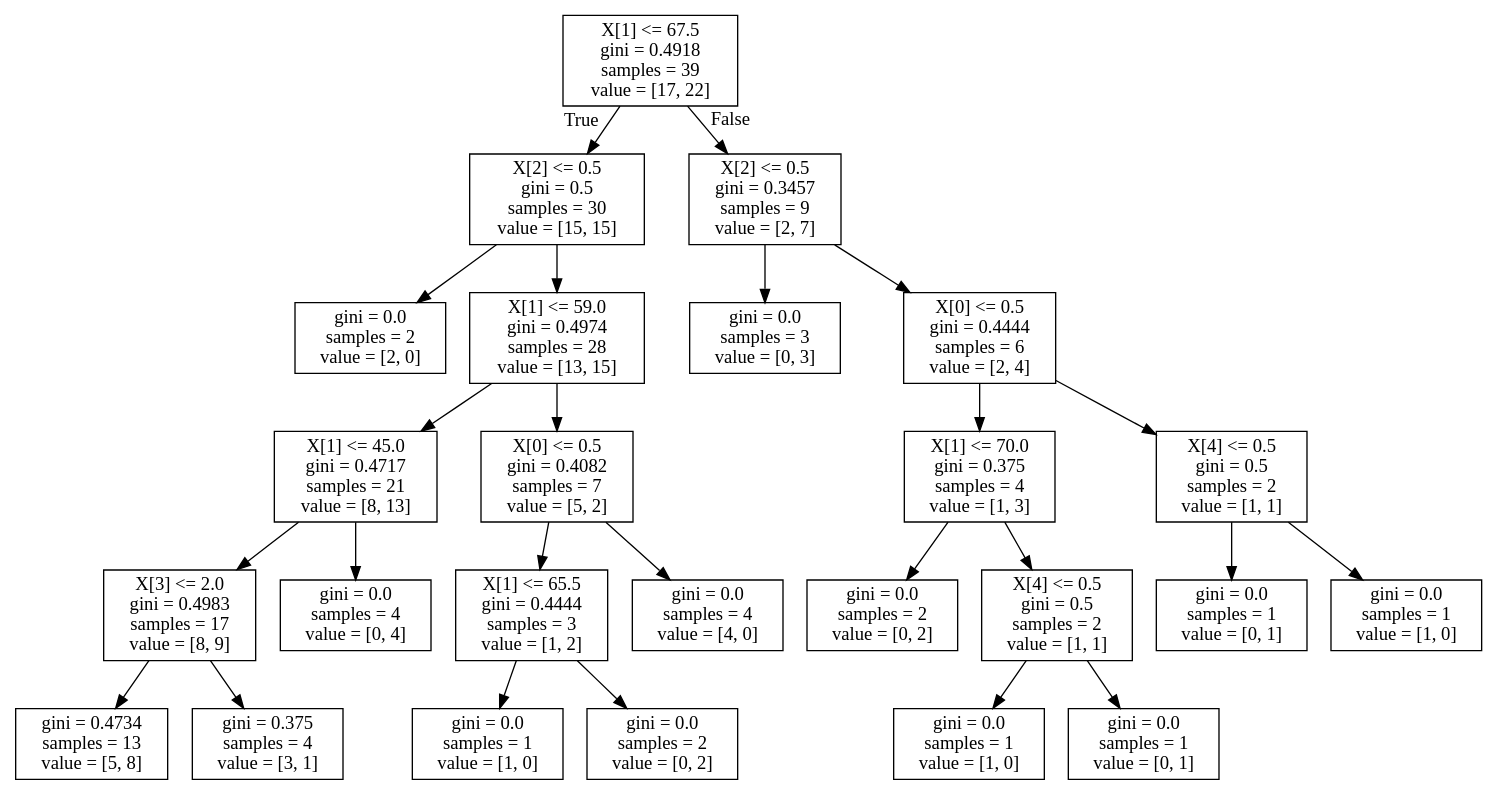
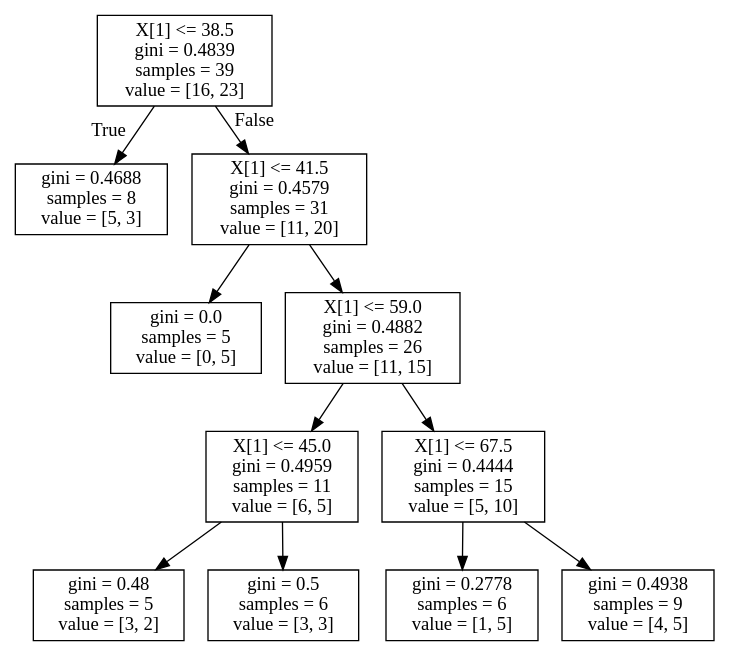
The diagram in iris.dot (DeepinSC/Machine_learning-Countryside), drawn with Graphviz before and after one commit. The commit also changed 7 other files, not shown here.

```diff
--- a/iris.dot
+++ b/iris.dot
@@ -1,52 +1,24 @@
 digraph Tree {
 node [shape=box] ;
-0 [label="X[1] <= 67.5\ngini = 0.4918\nsamples = 39\nvalue = [17, 22]"] ;
-1 [label="X[2] <= 0.5\ngini = 0.5\nsamples = 30\nvalue = [15, 15]"] ;
+0 [label="X[1] <= 38.5\ngini = 0.4839\nsamples = 39\nvalue = [16, 23]"] ;
+1 [label="gini = 0.4688\nsamples = 8\nvalue = [5, 3]"] ;
 0 -> 1 [labeldistance=2.5, labelangle=45, headlabel="True"] ;
-2 [label="gini = 0.0\nsamples = 2\nvalue = [2, 0]"] ;
-1 -> 2 ;
-3 [label="X[1] <= 59.0\ngini = 0.4974\nsamples = 28\nvalue = [13, 15]"] ;
-1 -> 3 ;
-4 [label="X[1] <= 45.0\ngini = 0.4717\nsamples = 21\nvalue = [8, 13]"] ;
-3 -> 4 ;
-5 [label="X[3] <= 2.0\ngini = 0.4983\nsamples = 17\nvalue = [8, 9]"] ;
+2 [label="X[1] <= 41.5\ngini = 0.4579\nsamples = 31\nvalue = [11, 20]"] ;
+0 -> 2 [labeldistance=2.5, labelangle=-45, headlabel="False"] ;
+3 [label="gini = 0.0\nsamples = 5\nvalue = [0, 5]"] ;
+2 -> 3 ;
+4 [label="X[1] <= 59.0\ngini = 0.4882\nsamples = 26\nvalue = [11, 15]"] ;
+2 -> 4 ;
+5 [label="X[1] <= 45.0\ngini = 0.4959\nsamples = 11\nvalue = [6, 5]"] ;
 4 -> 5 ;
-6 [label="gini = 0.4734\nsamples = 13\nvalue = [5, 8]"] ;
+6 [label="gini = 0.48\nsamples = 5\nvalue = [3, 2]"] ;
 5 -> 6 ;
-7 [label="gini = 0.375\nsamples = 4\nvalue = [3, 1]"] ;
+7 [label="gini = 0.5\nsamples = 6\nvalue = [3, 3]"] ;
 5 -> 7 ;
-8 [label="gini = 0.0\nsamples = 4\nvalue = [0, 4]"] ;
+8 [label="X[1] <= 67.5\ngini = 0.4444\nsamples = 15\nvalue = [5, 10]"] ;
 4 -> 8 ;
-9 [label="X[0] <= 0.5\ngini = 0.4082\nsamples = 7\nvalue = [5, 2]"] ;
-3 -> 9 ;
-10 [label="X[1] <= 65.5\ngini = 0.4444\nsamples = 3\nvalue = [1, 2]"] ;
-9 -> 10 ;
-11 [label="gini = 0.0\nsamples = 1\nvalue = [1, 0]"] ;
-10 -> 11 ;
-12 [label="gini = 0.0\nsamples = 2\nvalue = [0, 2]"] ;
-10 -> 12 ;
-13 [label="gini = 0.0\nsamples = 4\nvalue = [4, 0]"] ;
-9 -> 13 ;
-14 [label="X[2] <= 0.5\ngini = 0.3457\nsamples = 9\nvalue = [2, 7]"] ;
-0 -> 14 [labeldistance=2.5, labelangle=-45, headlabel="False"] ;
-15 [label="gini = 0.0\nsamples = 3\nvalue = [0, 3]"] ;
-14 -> 15 ;
-16 [label="X[0] <= 0.5\ngini = 0.4444\nsamples = 6\nvalue = [2, 4]"] ;
-14 -> 16 ;
-17 [label="X[1] <= 70.0\ngini = 0.375\nsamples = 4\nvalue = [1, 3]"] ;
-16 -> 17 ;
-18 [label="gini = 0.0\nsamples = 2\nvalue = [0, 2]"] ;
-17 -> 18 ;
-19 [label="X[4] <= 0.5\ngini = 0.5\nsamples = 2\nvalue = [1, 1]"] ;
-17 -> 19 ;
-20 [label="gini = 0.0\nsamples = 1\nvalue = [1, 0]"] ;
-19 -> 20 ;
-21 [label="gini = 0.0\nsamples = 1\nvalue = [0, 1]"] ;
-19 -> 21 ;
-22 [label="X[4] <= 0.5\ngini = 0.5\nsamples = 2\nvalue = [1, 1]"] ;
-16 -> 22 ;
-23 [label="gini = 0.0\nsamples = 1\nvalue = [0, 1]"] ;
-22 -> 23 ;
-24 [label="gini = 0.0\nsamples = 1\nvalue = [1, 0]"] ;
-22 -> 24 ;
+9 [label="gini = 0.2778\nsamples = 6\nvalue = [1, 5]"] ;
+8 -> 9 ;
+10 [label="gini = 0.4938\nsamples = 9\nvalue = [4, 5]"] ;
+8 -> 10 ;
 }
```
